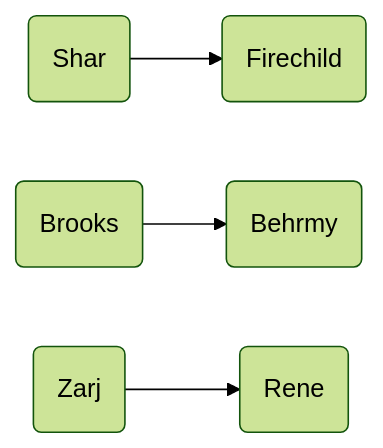
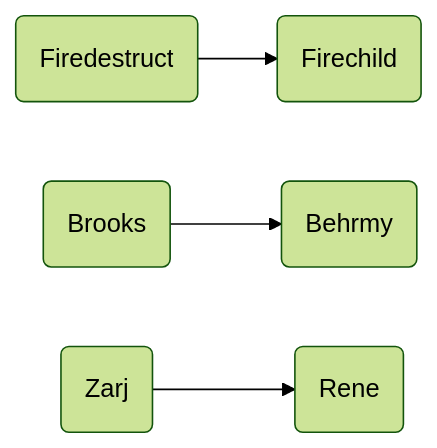
Before and after one commit to leemWF/READMEVault: the sixth of 11 diagrams in wepulled/swp/README.md, drawn with Mermaid (forest theme). The commit also changed other lines of this file, not shown here.

````diff
--- a/wepulled/swp/README.md
+++ b/wepulled/swp/README.md
@@ -155,6 +156,6 @@
 ```mermaid
 flowchart LR
-    C(Shar) --> D(Firechild)
+    C(Firedestruct) --> D(Firechild)
     E(Brooks) --> F(Behrmy)
     G(Zarj) --> H(Rene)
 ```
````
